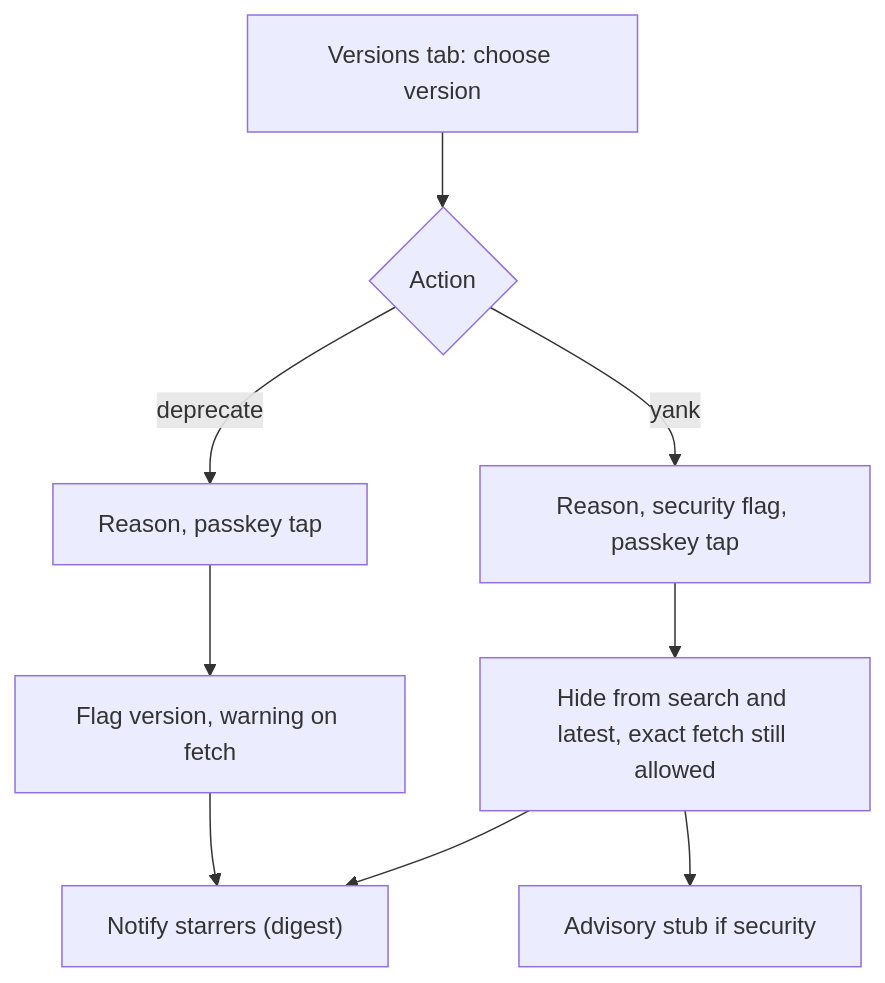
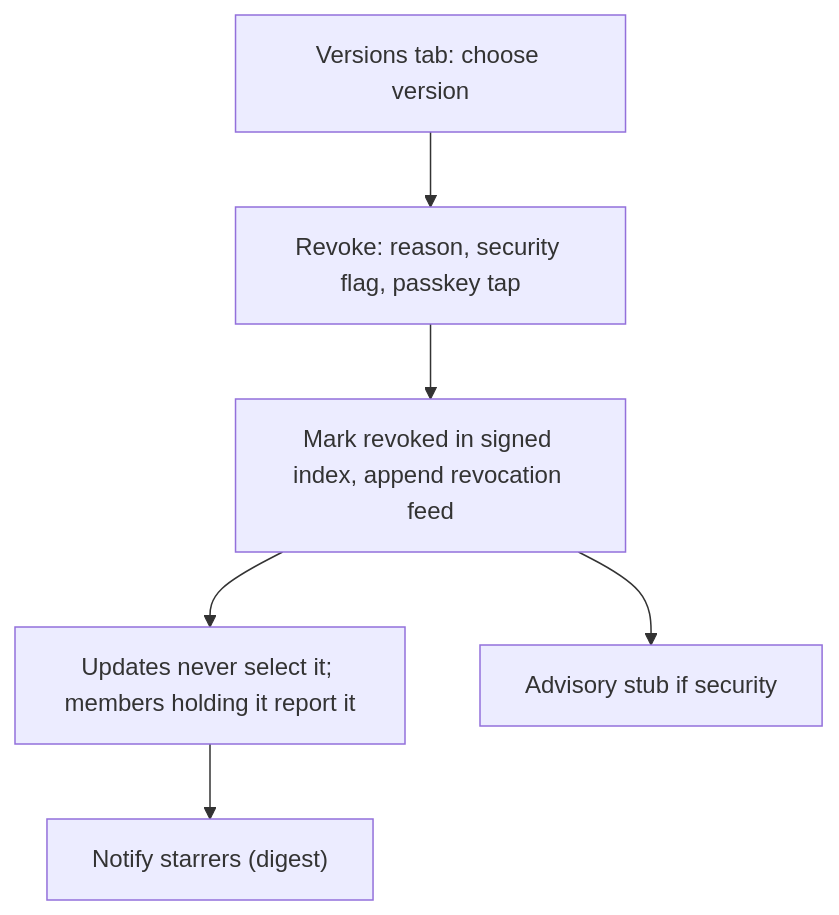
Before and after one commit to Claudinite/PackServer: diagram 12 of 13 in docs/ui/flows.md, drawn with Mermaid. The commit also changed other lines of this file and 6 other files, not shown here.

````diff
--- a/docs/ui/flows.md
+++ b/docs/ui/flows.md
@@ -517,9 +521,8 @@
 ```mermaid
 flowchart TD
-  A["Versions tab: choose version"] --> B{"Action"}
-  B -- deprecate --> C["Reason, passkey tap"] --> D["Flag version, warning on fetch"]
-  B -- yank --> E["Reason, security flag, passkey tap"] --> F["Hide from search and latest, exact fetch still allowed"]
-  F --> G["Advisory stub if security"]
-  D --> H["Notify starrers (digest)"]
-  F --> H
+  A["Versions tab: choose version"] --> B["Revoke: reason, security flag, passkey tap"]
+  B --> C["Mark revoked in signed index, append revocation feed"]
+  C --> D["Updates never select it; members holding it report it"]
+  C --> E["Advisory stub if security"]
+  D --> F["Notify starrers (digest)"]
 ```
````
